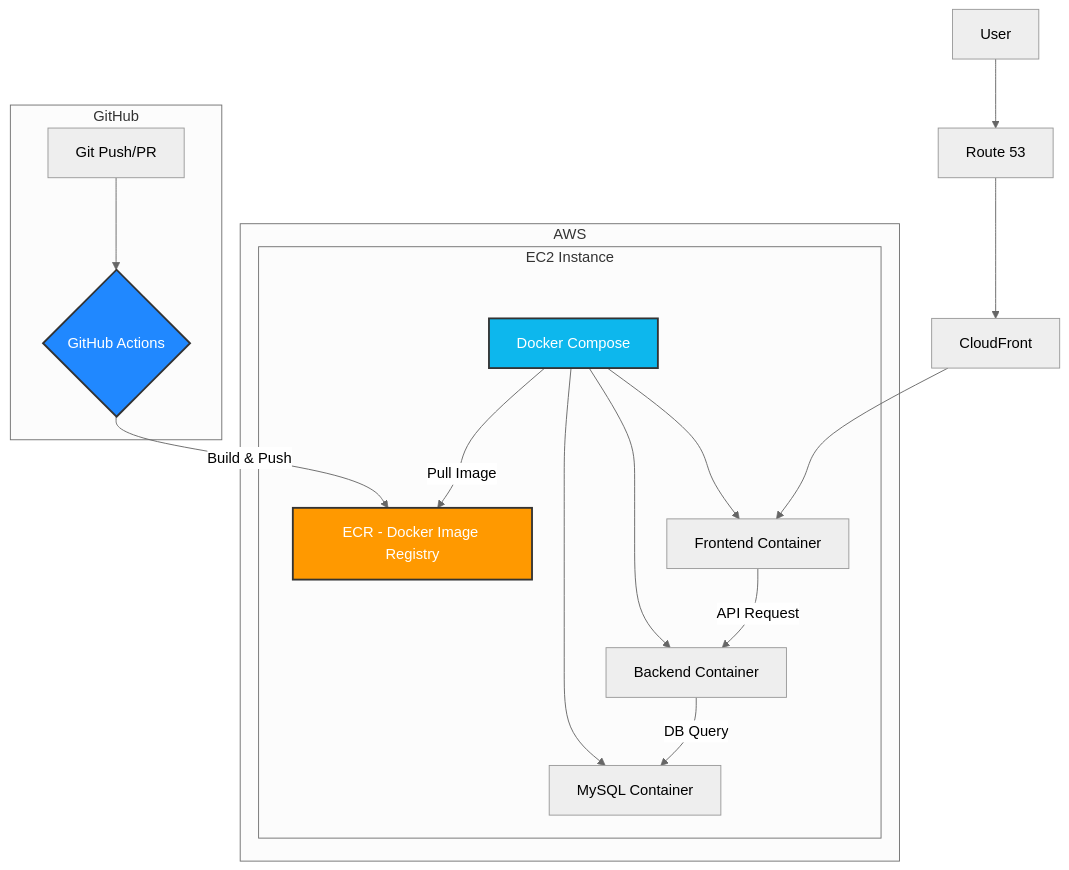
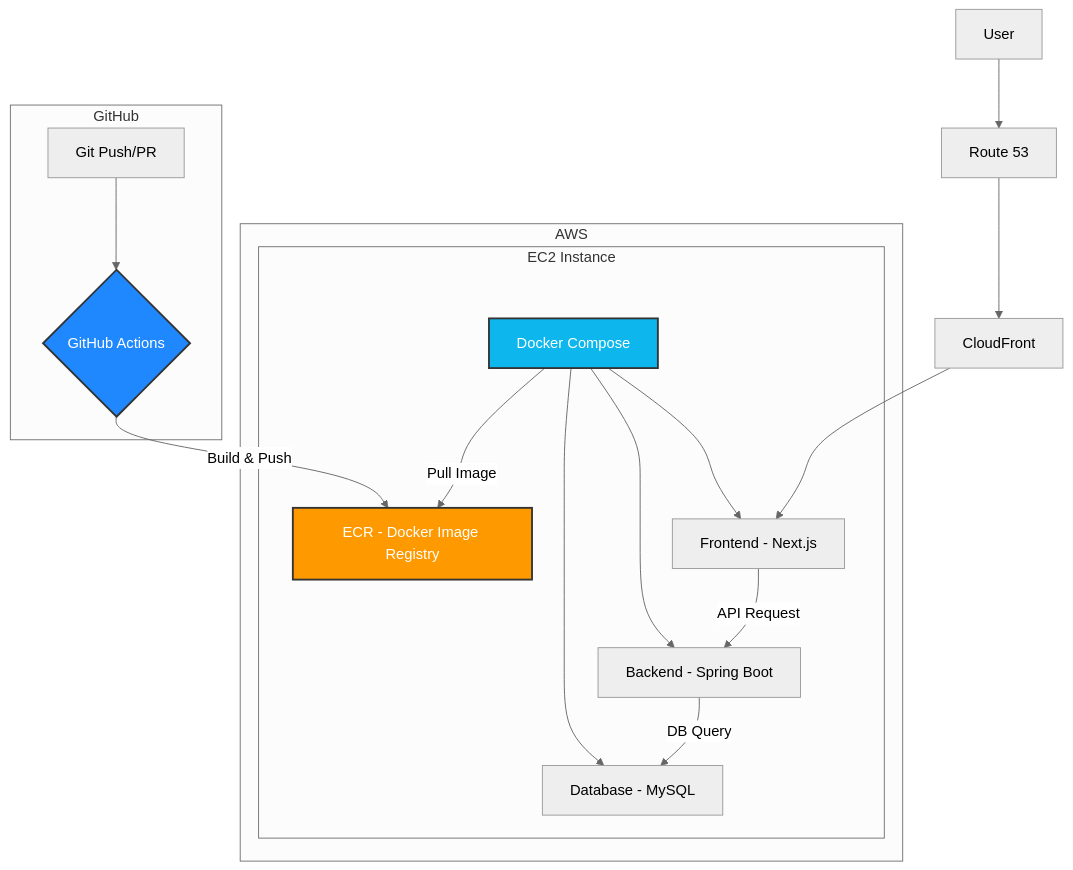
Before and after one commit to kopoVIBE/FoodBuddy: the first of 2 diagrams in README.md, drawn with Mermaid (neutral theme). The commit also changed other lines of this file, not shown here.

````diff
--- a/README.md
+++ b/README.md
@@ -97,26 +13,26 @@
 ```mermaid
 graph TD
     subgraph "GitHub"
         A[Git Push/PR] --> B{GitHub Actions};
     end
 
     subgraph "AWS"
         B -- Build & Push --> C[ECR - Docker Image Registry];
         subgraph "EC2 Instance"
             D[Docker Compose] -- Pull Image --> C;
-            D --> E[Frontend Container];
-            D --> F[Backend Container];
-            D --> G[MySQL Container];
+            D --> E[Frontend - Next.js];
+            D --> F[Backend - Spring Boot];
+            D --> G[Database - MySQL];
         end
     end
 
     H[User] --> I[Route 53];
     I --> J[CloudFront];
     J --> E;
     E -- API Request --> F;
     F -- DB Query --> G;
 
     style B fill:#2088FF,stroke:#333,stroke-width:2px,color:#fff
     style C fill:#FF9900,stroke:#333,stroke-width:2px,color:#fff
     style D fill:#0db7ed,stroke:#333,stroke-width:2px,color:#fff
 ```
````
